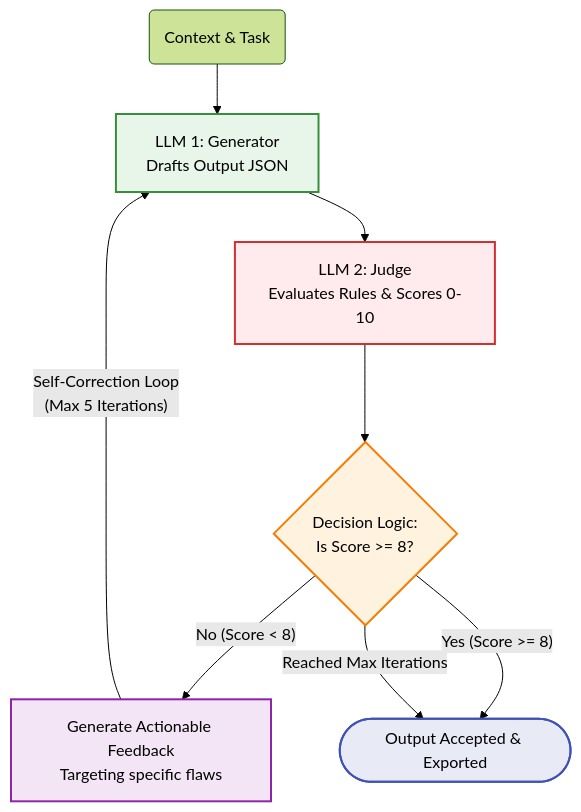
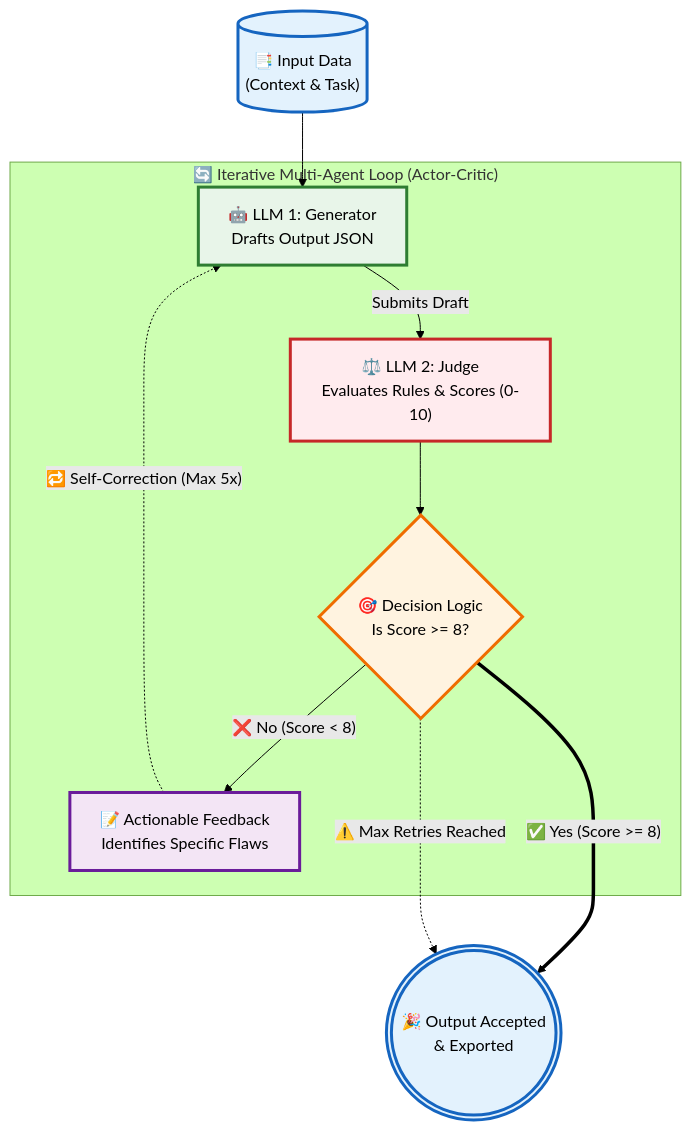
One commit to 098ff/acci-RAG-indiv changed the second of 2 diagrams in README.md. Above: the diagram before and after it, drawn with Mermaid (forest theme).

Commit message:
enhance agent loop logic flowchart for visual presentation

````diff
--- a/README.md
+++ b/README.md
@@ -79,20 +79,28 @@
 ```mermaid
 graph TD
-    classDef gen fill:#e8f5e9,stroke:#388e3c,stroke-width:2px,color:#000;
-    classDef judge fill:#ffebee,stroke:#d32f2f,stroke-width:2px,color:#000;
-    classDef logic fill:#fff3e0,stroke:#f57c00,stroke-width:2px,color:#000;
-    classDef feedback fill:#f3e5f5,stroke:#8e24aa,stroke-width:2px,color:#000;
-    classDef success fill:#e8eaf6,stroke:#3f51b5,stroke-width:2px,color:#000;
+    classDef gen fill:#e8f5e9,stroke:#2e7d32,stroke-width:3px,color:#000;
+    classDef judge fill:#ffebee,stroke:#c62828,stroke-width:3px,color:#000;
+    classDef logic fill:#fff3e0,stroke:#ef6c00,stroke-width:3px,color:#000;
+    classDef feedback fill:#f3e5f5,stroke:#6a1b9a,stroke-width:3px,color:#000;
+    classDef success fill:#e3f2fd,stroke:#1565c0,stroke-width:3px,color:#000;
 
-    Input(Context & Task) --> G[LLM 1: Generator<br>Drafts Output JSON]:::gen
-    
-    G --> J[LLM 2: Judge<br>Evaluates Rules & Scores 0-10]:::judge
-    
-    J --> D{Decision Logic:<br>Is Score >= 8?}:::logic
-    
-    D -- No (Score < 8) --> F[Generate Actionable Feedback<br>Targeting specific flaws]:::feedback
-    F -- "Self-Correction Loop<br>(Max 5 Iterations)" --> G
-    
-    D -- Yes (Score >= 8) --> S([Output Accepted & Exported]):::success
-    D -- Reached Max Iterations --> S
+    Input[("📑 Input Data<br>(Context & Task)")]:::success --> G
+
+    subgraph "🔄 Iterative Multi-Agent Loop (Actor-Critic)"
+        G["🤖 LLM 1: Generator<br>Drafts Output JSON"]:::gen
+        
+        J["⚖️ LLM 2: Judge<br>Evaluates Rules & Scores (0-10)"]:::judge
+        
+        D{"🎯 Decision Logic<br>Is Score >= 8?"}:::logic
+        
+        F["📝 Actionable Feedback<br>Identifies Specific Flaws"]:::feedback
+        
+        G --> |"Submits Draft"| J
+        J --> D
+        D --> |"❌ No (Score < 8)"| F
+        F -.-> |"🔁 Self-Correction (Max 5x)"| G
+    end
+
+    D ===> |"✅ Yes (Score >= 8)"| S((("🎉 Output Accepted<br>& Exported"))):::success
+    D -.-> |"⚠️ Max Retries Reached"| S
 ```
````
